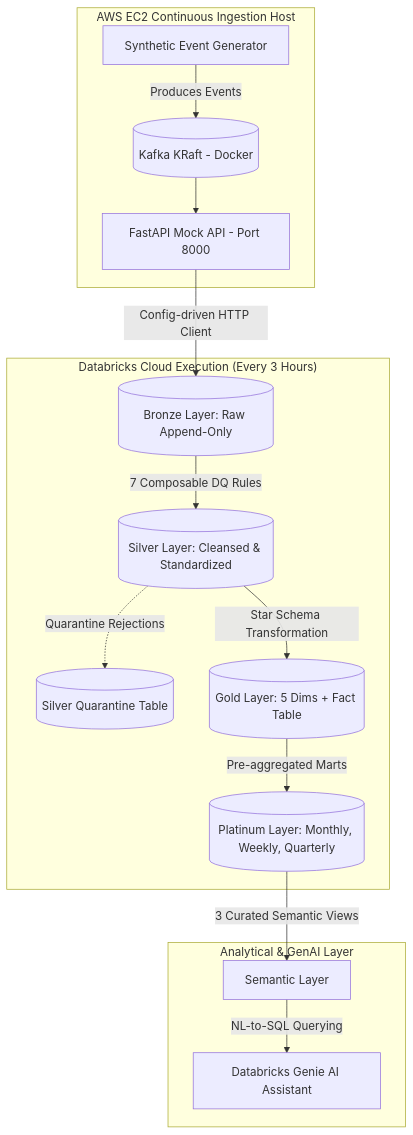
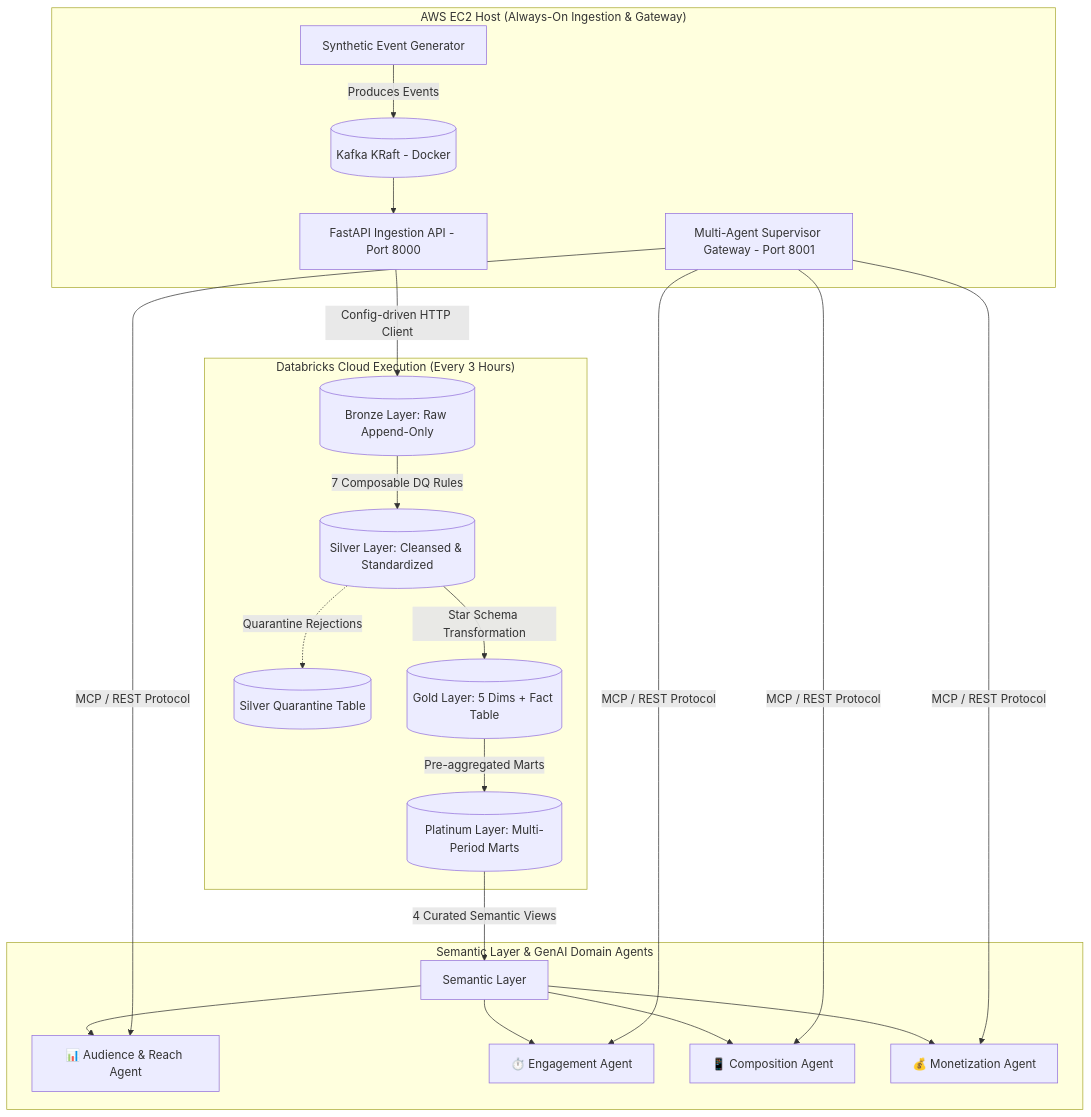
Before and after one commit to abhayamanpandey-max/Real-Time-Media-Analytics-Lakehouse: the diagram in README.md, drawn with Mermaid. The commit also changed other lines of this file, not shown here.

Commit message:
docs: Update README.md with Multi-Agent Supervisor Gateway and system architecture

````diff
--- a/README.md
+++ b/README.md
@@ -31,20 +31,29 @@
 ```mermaid
 flowchart TD
-    subgraph "AWS EC2 Continuous Ingestion Host"
+    subgraph "AWS EC2 Host (Always-On Ingestion & Gateway)"
         G[Synthetic Event Generator] -->|Produces Events| K[(Kafka KRaft - Docker)]
-        K --> M[FastAPI Mock API - Port 8000]
+        K --> M[FastAPI Ingestion API - Port 8000]
+        Super[Multi-Agent Supervisor Gateway - Port 8001]
     end
 
     subgraph "Databricks Cloud Execution (Every 3 Hours)"
         M -->|Config-driven HTTP Client| B[(Bronze Layer: Raw Append-Only)]
         B -->|7 Composable DQ Rules| S[(Silver Layer: Cleansed & Standardized)]
         S -.->|Quarantine Rejections| Q[(Silver Quarantine Table)]
         S -->|Star Schema Transformation| G_L[(Gold Layer: 5 Dims + Fact Table)]
-        G_L -->|Pre-aggregated Marts| P[(Platinum Layer: Monthly, Weekly, Quarterly)]
+        G_L -->|Pre-aggregated Marts| P[(Platinum Layer: Multi-Period Marts)]
     end
 
-    subgraph "Analytical & GenAI Layer"
-        P -->|3 Curated Semantic Views| Sem[Semantic Layer]
-        Sem -->|NL-to-SQL Querying| Genie[Databricks Genie AI Assistant]
+    subgraph "Semantic Layer & GenAI Domain Agents"
+        P -->|4 Curated Semantic Views| Sem[Semantic Layer]
+        Sem --> Agent1[📊 Audience & Reach Agent]
+        Sem --> Agent2[⏱️ Engagement Agent]
+        Sem --> Agent3[📱 Composition Agent]
+        Sem --> Agent4[💰 Monetization Agent]
     end
+
+    Super -->|MCP / REST Protocol| Agent1
+    Super -->|MCP / REST Protocol| Agent2
+    Super -->|MCP / REST Protocol| Agent3
+    Super -->|MCP / REST Protocol| Agent4
 ```
````
